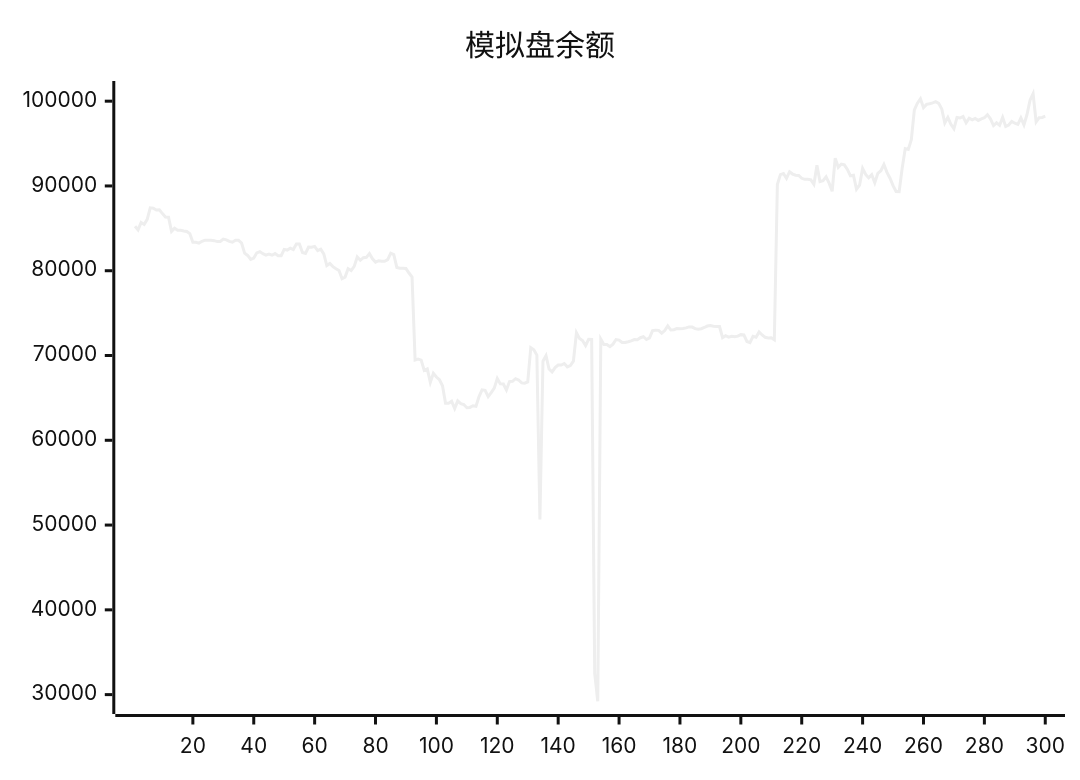
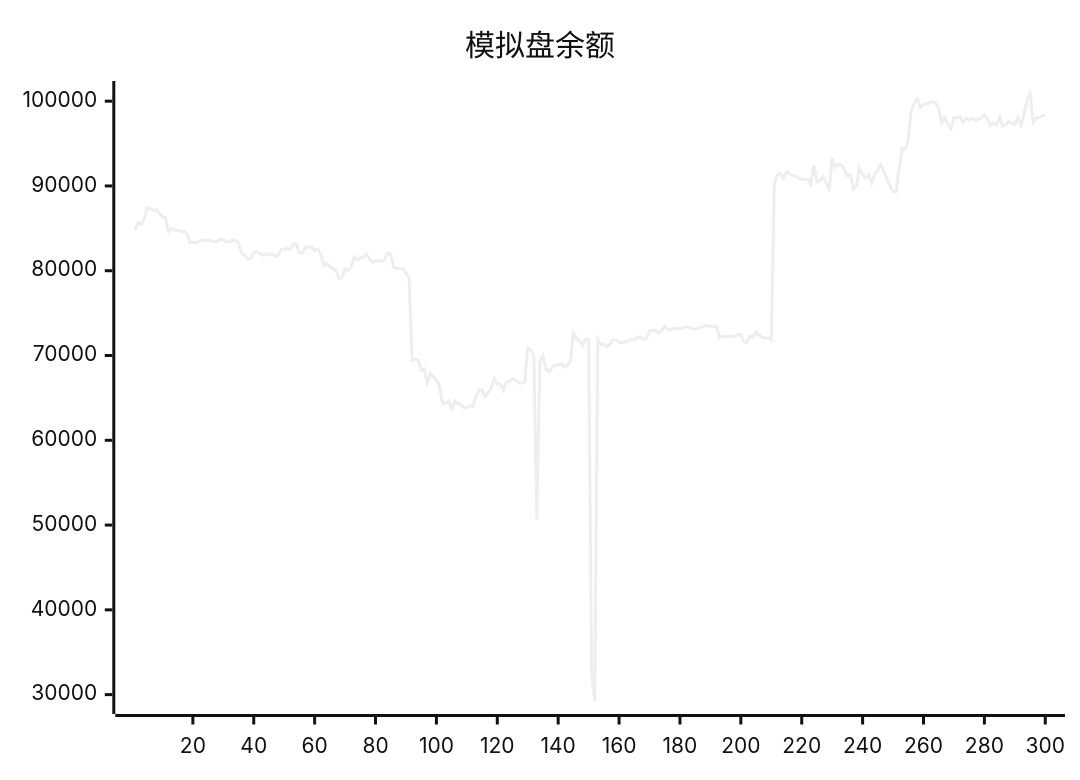
The diagram in README.md (aahl/ai-trading), drawn with Mermaid (neutral theme) before and after one commit. The commit also changed other lines of this file and 1 other file, not shown here.

````diff
--- a/README.md
+++ b/README.md
@@ -5,5 +5,5 @@
 ```mermaid
 xychart
     title "模拟盘余额"
-    line [85255,84820,85689,85453,86066,87420,87373,87161,87178,86740,86341,86315,84643,85012,84772,84768,84690,84635,84376,83360,83357,83259,83474,83608,83606,83602,83548,83440,83454,83724,83644,83464,83365,83590,83592,83275,82072,81806,81344,81492,82109,82254,82006,81848,81955,81829,82022,81769,81776,82522,82441,82656,82498,83144,83144,82150,82038,82797,82763,82872,82367,82536,81981,80612,80862,80484,80242,80034,79063,79245,80226,80016,80507,81625,81233,81544,81578,82016,81401,81019,81186,81130,81118,81306,82066,81909,80392,80304,80291,80258,79729,79261,69466,69579,69456,68251,68415,66832,67911,67462,67144,66432,64380,64375,64606,63740,64647,64324,64216,63842,63877,64078,64008,65156,65945,65888,65157,65625,66144,67284,66653,66639,65924,66925,66956,67263,67108,66766,66729,66886,70927,70673,70049,50652,69334,69973,68400,68061,68578,68876,68879,69055,68662,68822,69329,72687,71999,71760,71162,71911,71896,32500,29218,71927,71297,71305,71044,71337,71883,71822,71536,71536,71622,71723,71880,71860,72100,72216,71887,72077,72940,72976,72966,72638,72948,73497,73004,73041,73173,73160,73186,73258,73375,73351,73173,73098,73161,73305,73474,73536,73457,73413,73412,72100,72333,72164,72272,72204,72285,72461,72421,71652,71521,72267,72157,72774,72424,72144,72060,72091,71858,90185,91338,91466,90900,91678,91404,91268,91244,90903,90779,90787,90721,90187,92429,90518,90619,91070,90328,89376,93286,92202,92581,92485,91947,91196,91259,89619,90086,92063,91355,90950,91327,90373,91498,91800,92531,91603,90910,90031,89351,89334,92097,94406,94315,95455,98972,99763,100286,99229,99622,99701,99805,99938,99738,99082,97430,98094,97267,96741,98081,98013,98194,97447,97983,97789,97969,97729,97911,98043,98405,97912,97120,97448,97154,98095,97021,97190,97616,97402,97263,98035,97210,98424,100120,100876,97552,98049,98085,98228]
+    line [84820,85689,85453,86066,87420,87373,87161,87178,86740,86341,86315,84643,85012,84772,84768,84690,84635,84376,83360,83357,83259,83474,83608,83606,83602,83548,83440,83454,83724,83644,83464,83365,83590,83592,83275,82072,81806,81344,81492,82109,82254,82006,81848,81955,81829,82022,81769,81776,82522,82441,82656,82498,83144,83144,82150,82038,82797,82763,82872,82367,82536,81981,80612,80862,80484,80242,80034,79063,79245,80226,80016,80507,81625,81233,81544,81578,82016,81401,81019,81186,81130,81118,81306,82066,81909,80392,80304,80291,80258,79729,79261,69466,69579,69456,68251,68415,66832,67911,67462,67144,66432,64380,64375,64606,63740,64647,64324,64216,63842,63877,64078,64008,65156,65945,65888,65157,65625,66144,67284,66653,66639,65924,66925,66956,67263,67108,66766,66729,66886,70927,70673,70049,50652,69334,69973,68400,68061,68578,68876,68879,69055,68662,68822,69329,72687,71999,71760,71162,71911,71896,32500,29218,71927,71297,71305,71044,71337,71883,71822,71536,71536,71622,71723,71880,71860,72100,72216,71887,72077,72940,72976,72966,72638,72948,73497,73004,73041,73173,73160,73186,73258,73375,73351,73173,73098,73161,73305,73474,73536,73457,73413,73412,72100,72333,72164,72272,72204,72285,72461,72421,71652,71521,72267,72157,72774,72424,72144,72060,72091,71858,90185,91338,91466,90900,91678,91404,91268,91244,90903,90779,90787,90721,90187,92429,90518,90619,91070,90328,89376,93286,92202,92581,92485,91947,91196,91259,89619,90086,92063,91355,90950,91327,90373,91498,91800,92531,91603,90910,90031,89351,89334,92097,94406,94315,95455,98972,99763,100286,99229,99622,99701,99805,99938,99738,99082,97430,98094,97267,96741,98081,98013,98194,97447,97983,97789,97969,97729,97911,98043,98405,97912,97120,97448,97154,98095,97021,97190,97616,97402,97263,98035,97210,98424,100120,100876,97552,98049,98085,98228,98388]
 ```
````
